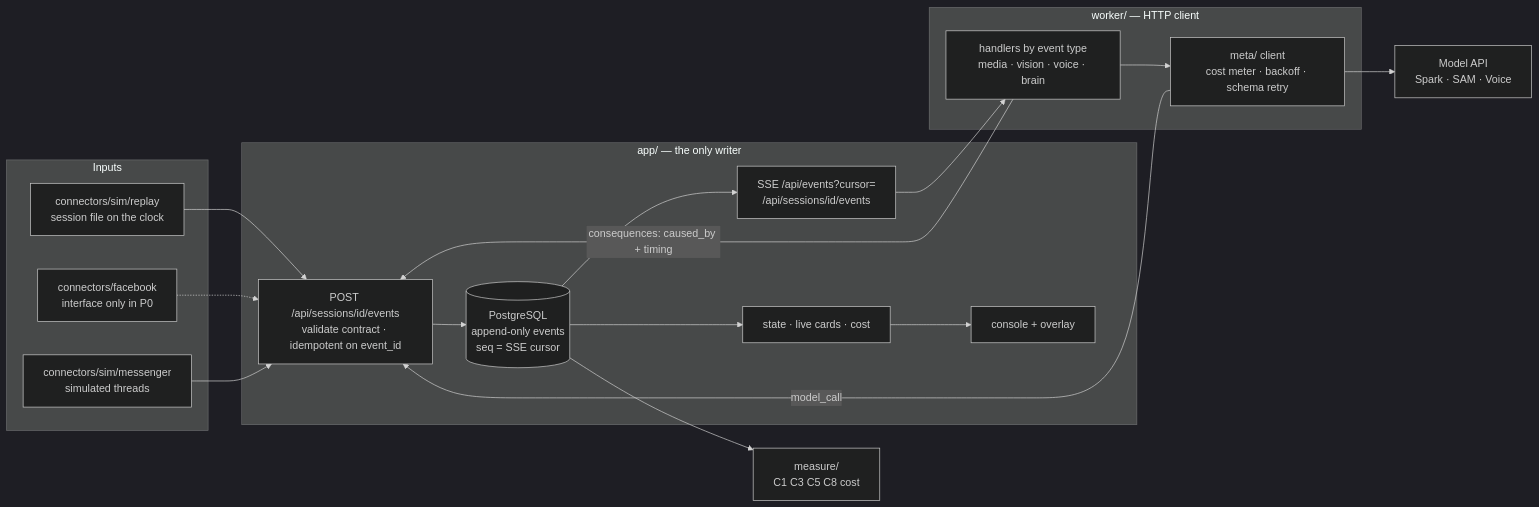
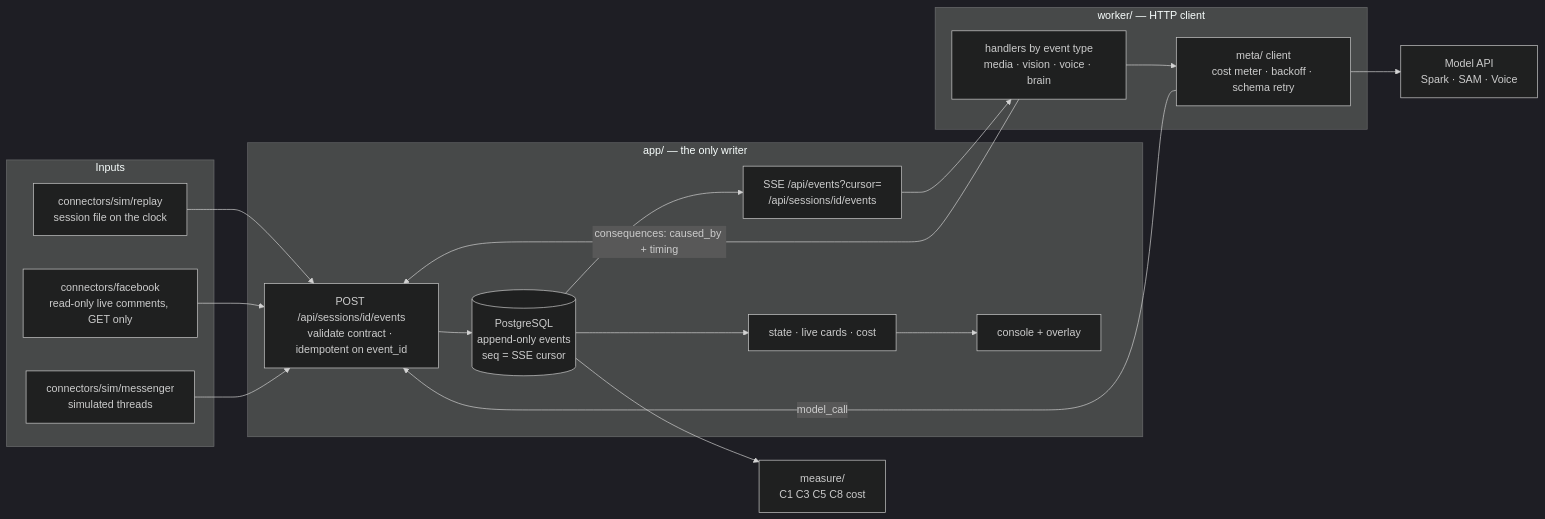
The diagram in docs/architecture.md (keviqlabs/keviq-live-submission), drawn with Mermaid (dark theme) before and after one commit. The commit also changed 2 other files, not shown here.

Commit message:
Document Level 2 read-only Page comments
README gets a "Level 2 (real Page, read-only)" section: what the connector
does and does not do, the environment variables, the make target and the
one-poll check, the Page permissions the token needs with the Meta doc links,
and the note that it has not been run against a real Page yet. The honest
limits bullet on Facebook is updated, connectors/README.md names the new
module, and the architecture diagram shows the connector as a real input.

````diff
--- a/docs/architecture.md
+++ b/docs/architecture.md
@@ -3,34 +3,34 @@
 ```mermaid
 flowchart LR
   subgraph sources[Inputs]
     R[connectors/sim/replay<br/>session file on the clock]
-    FB[connectors/facebook<br/>interface only in P0]
+    FB[connectors/facebook<br/>read-only live comments, GET only]
     M[connectors/sim/messenger<br/>simulated threads]
   end
 
   subgraph app[app/ — the only writer]
     I[POST /api/sessions/id/events<br/>validate contract · idempotent on event_id]
     DB[(PostgreSQL<br/>append-only events<br/>seq = SSE cursor)]
     S[SSE /api/events?cursor=<br/>/api/sessions/id/events]
     Q[state · live cards · cost]
     C[console + overlay]
   end
 
   subgraph worker[worker/ — HTTP client]
     H[handlers by event type<br/>media · vision · voice · brain]
     MC[meta/ client<br/>cost meter · backoff · schema retry]
   end
 
   API[Model API<br/>Spark · SAM · Voice]
   ME[measure/<br/>C1 C3 C5 C8 cost]
 
   R --> I
-  FB -.-> I
+  FB --> I
   M --> I
   I --> DB --> S
   DB --> Q --> C
   S --> H --> MC --> API
   MC -- model_call --> I
   H -- consequences: caused_by + timing --> I
   DB --> ME
 ```
````
